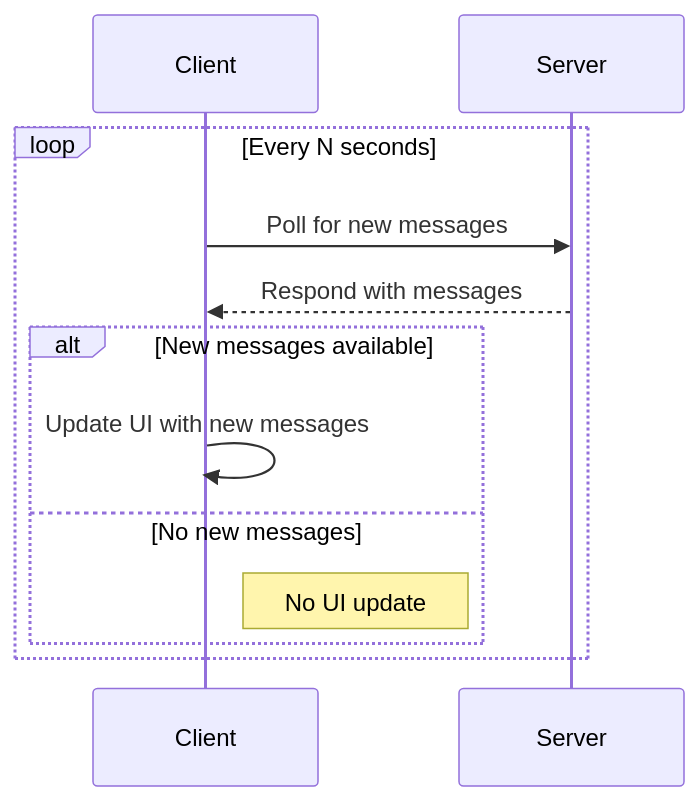
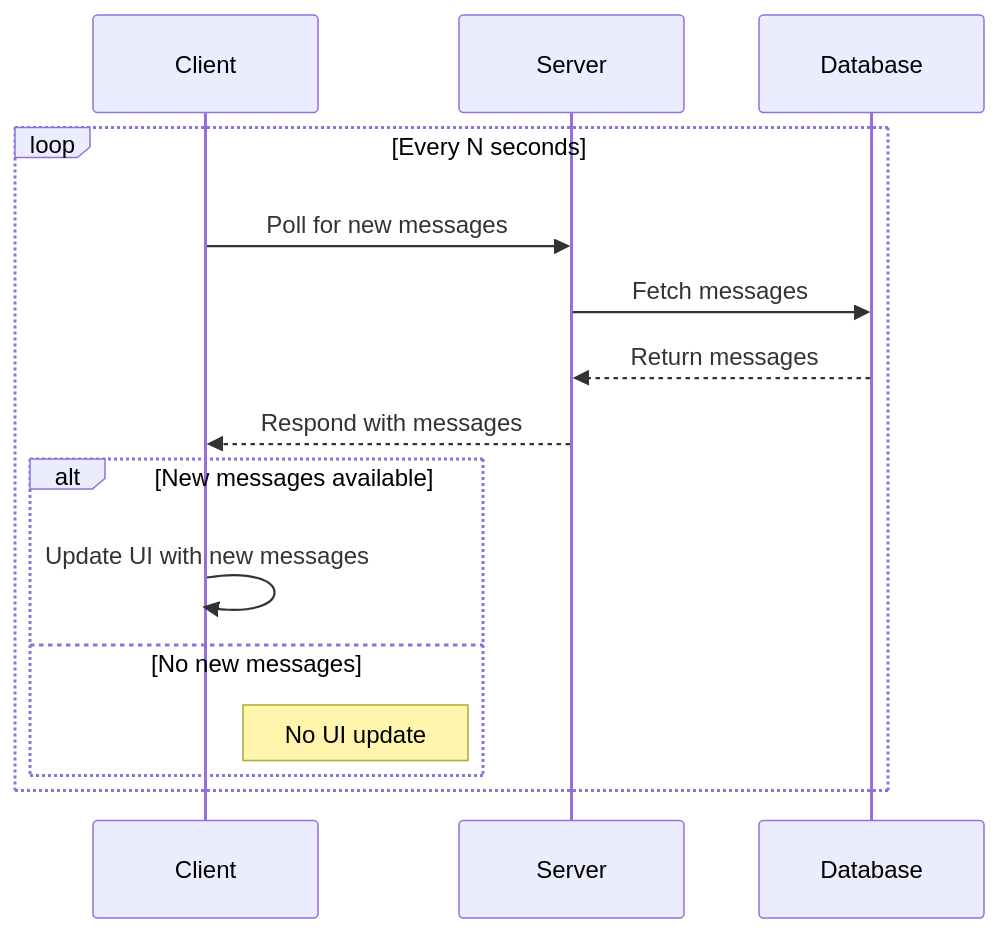
The diagram in polling/README.md (Zomino/realtime-patterns), drawn with Mermaid before and after one commit. The commit also changed 1 other file, not shown here.

Commit message:
Add database to the polling example

````diff
--- a/polling/README.md
+++ b/polling/README.md
@@ -8,15 +8,18 @@
 ```mermaid
 sequenceDiagram
     participant Client
     participant Server
+    participant Database
 
     loop Every N seconds
         Client->>Server: Poll for new messages
+        Server->>Database: Fetch messages
+        Database-->>Server: Return messages
         Server-->>Client: Respond with messages
         alt New messages available
             Client->>Client: Update UI with new messages
         else No new messages
             Note right of Client: No UI update
         end
     end
 ```
````
